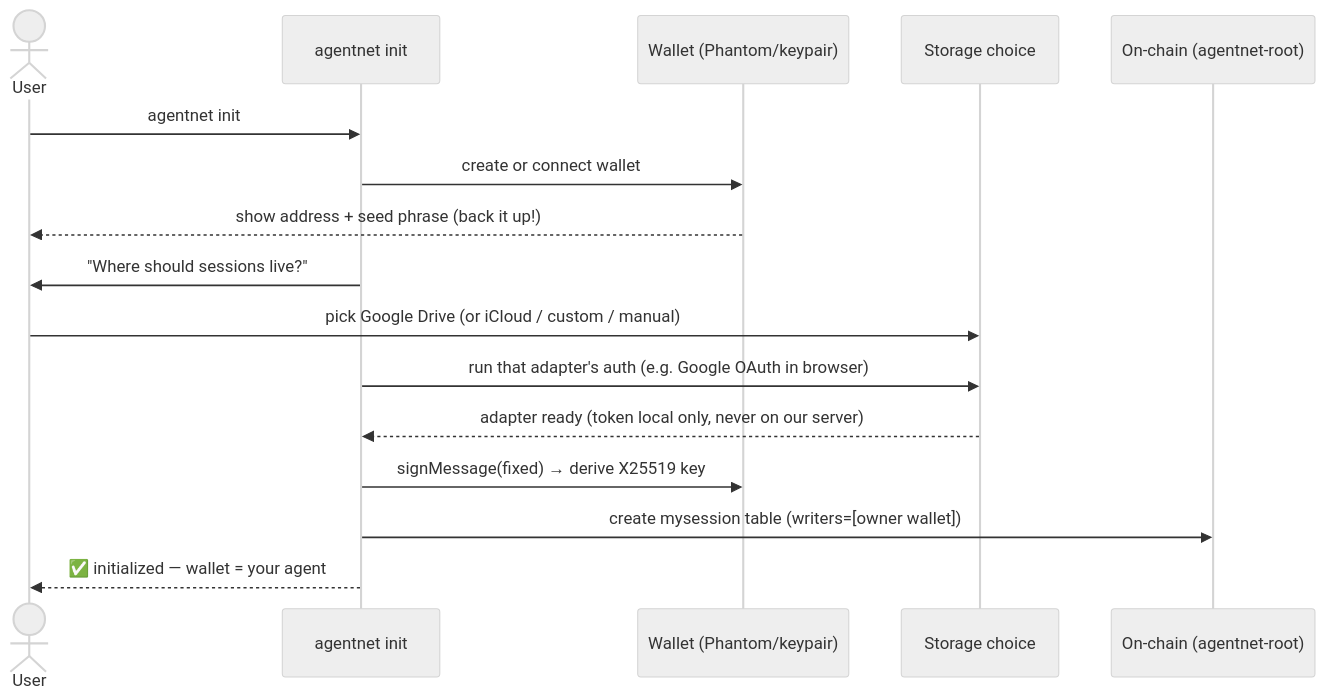
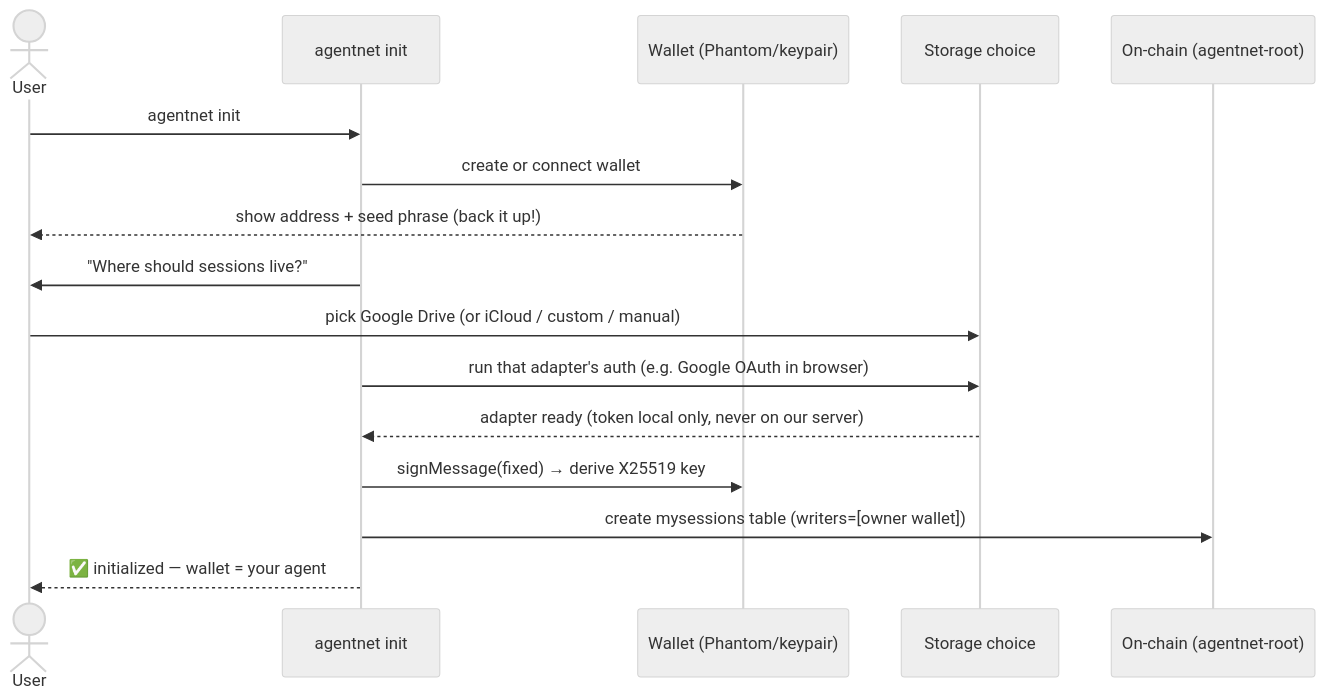
One commit to IQCoreTeam/AgentNet changed the fourth of 7 diagrams in plans/offchain-session-sync.md. Above: the diagram before and after it, drawn with Mermaid (neutral theme). The commit also changed other lines of this file and 5 other files, not shown here.

````diff
--- a/plans/offchain-session-sync.md
+++ b/plans/offchain-session-sync.md
@@ -190,19 +190,19 @@
 ```mermaid
 sequenceDiagram
     actor U as User
     participant CLI as agentnet init
     participant W as Wallet (Phantom/keypair)
     participant ST as Storage choice
     participant CH as On-chain (agentnet-root)
 
     U->>CLI: agentnet init
     CLI->>W: create or connect wallet
     W-->>U: show address + seed phrase (back it up!)
     CLI->>U: "Where should sessions live?"
     U->>ST: pick Google Drive (or iCloud / custom / manual)
     CLI->>ST: run that adapter's auth (e.g. Google OAuth in browser)
     ST-->>CLI: adapter ready (token local only, never on our server)
     CLI->>W: signMessage(fixed) → derive X25519 key
-    CLI->>CH: create mysession table (writers=[owner wallet])
+    CLI->>CH: create mysessions table (writers=[owner wallet])
     CLI-->>U: ✅ initialized — wallet = your agent
 ```
````
